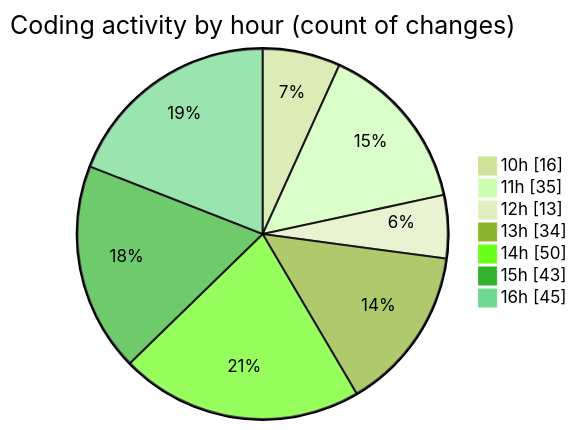
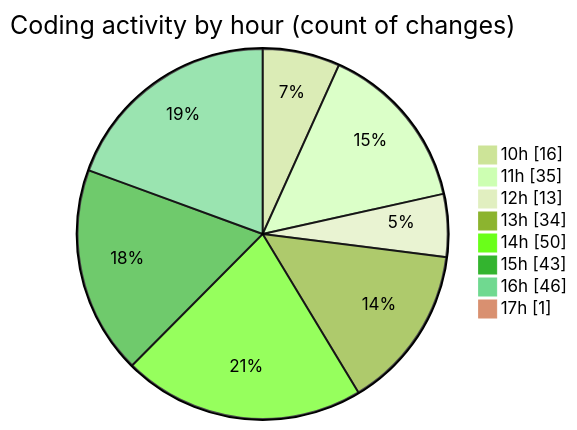
One commit to charlie-sans/code-tracking changed the second of 2 diagrams in 2025-02-20/micros/README.md. Above: the diagram before and after it, drawn with Mermaid (forest theme). The commit also changed other lines of this file and 1 other file, not shown here.

````diff
--- a/2025-02-20/micros/README.md
+++ b/2025-02-20/micros/README.md
@@ -67,11 +69,12 @@
 ```mermaid
 pie showData
 title Coding activity by hour (count of changes)
 "10h" : 16
 "11h" : 35
 "12h" : 13
 "13h" : 34
 "14h" : 50
 "15h" : 43
-"16h" : 45
+"16h" : 46
+"17h" : 1
 ```
````
